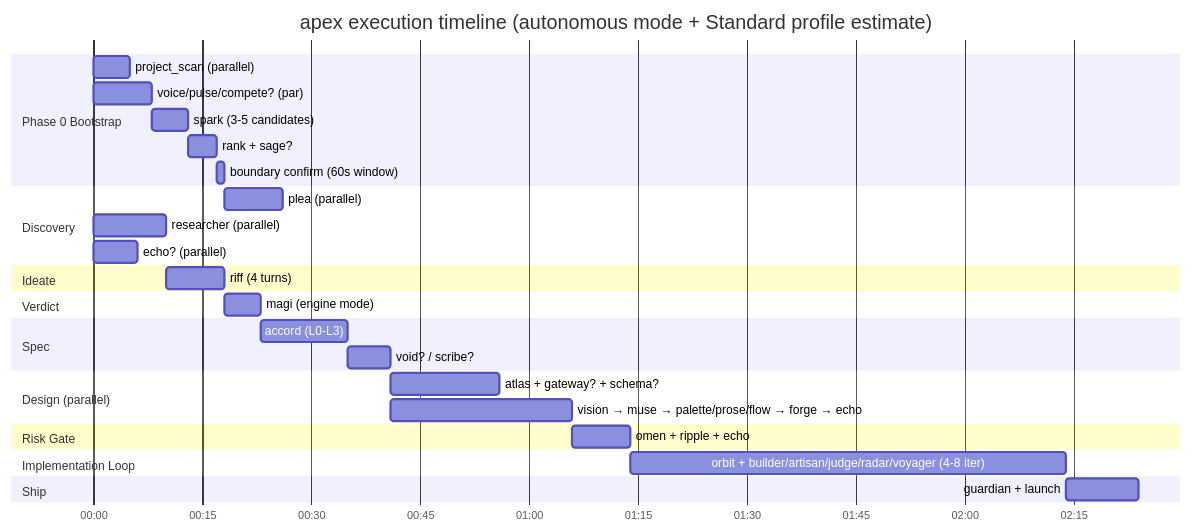
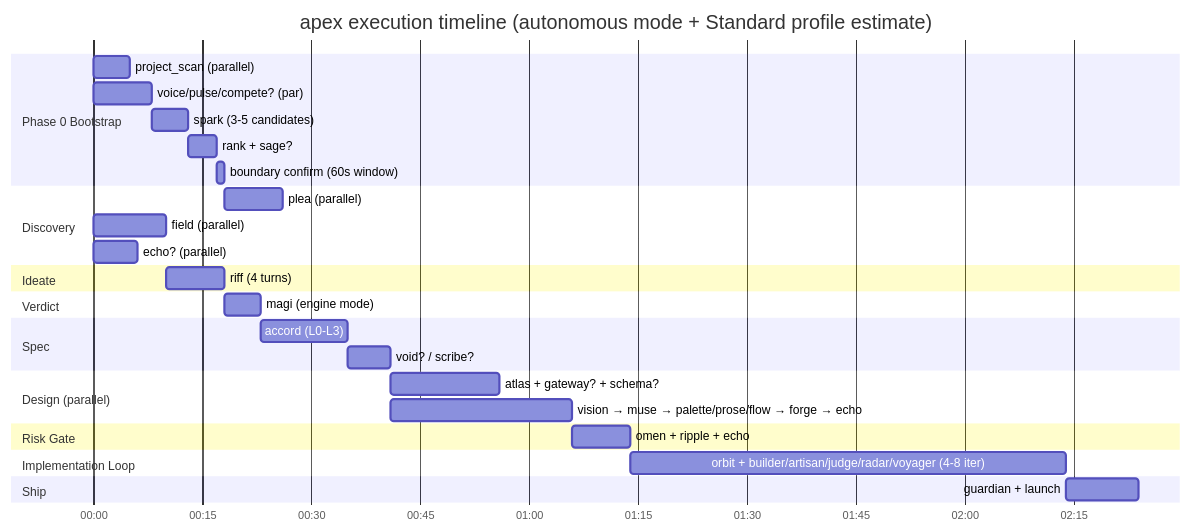
Diagram 13 of 14 in nexus/reference/apex-walkthrough.md (simota/agent-skills), drawn with Mermaid before and after one commit. The commit also changed other lines of this file and 9 other files, not shown here.

````diff
--- a/nexus/reference/apex-walkthrough.md
+++ b/nexus/reference/apex-walkthrough.md
@@ -597,33 +597,33 @@
 ```mermaid
 gantt
     title apex execution timeline (autonomous mode + Standard profile estimate)
     dateFormat HH:mm
     axisFormat %H:%M
 
     section Phase 0 Bootstrap
     project_scan (parallel)      :p0a, 00:00, 5m
     voice/pulse/compete? (par)   :p0b, 00:00, 8m
     spark (3-5 candidates)       :p0c, after p0b, 5m
     rank + sage?                 :p0d, after p0c, 4m
     boundary confirm (60s window):p0e, after p0d, 1m
     section Discovery
     plea (parallel)              :a1, after p0e, 8m
-    researcher (parallel)        :a2, 00:00, 10m
+    field (parallel)        :a2, 00:00, 10m
     echo? (parallel)             :a3, 00:00, 6m
     section Ideate
     riff (4 turns)               :b1, 00:10, 8m
     section Verdict
     magi (engine mode)           :c1, 00:18, 5m
     section Spec
     accord (L0-L3)               :d1, 00:23, 12m
     void? / scribe?              :d2, 00:35, 6m
     section Design (parallel)
     atlas + gateway? + schema?   :e1, 00:41, 15m
     vision → muse → palette/prose/flow → forge → echo :e2, 00:41, 25m
     section Risk Gate
     omen + ripple + echo         :f1, 01:06, 8m
     section Implementation Loop
     orbit + builder/artisan/judge/radar/voyager (4-8 iter) :g1, 01:14, 60m
     section Ship
     guardian + launch            :h1, 02:14, 10m
 ```
````
